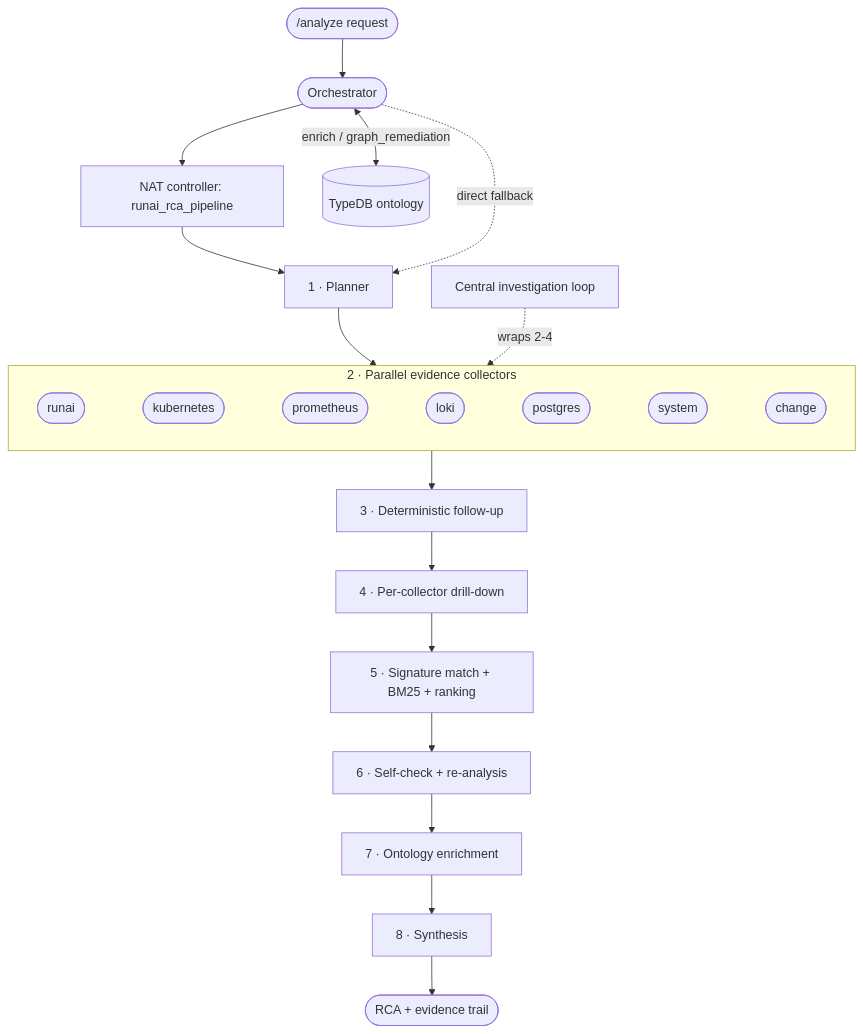
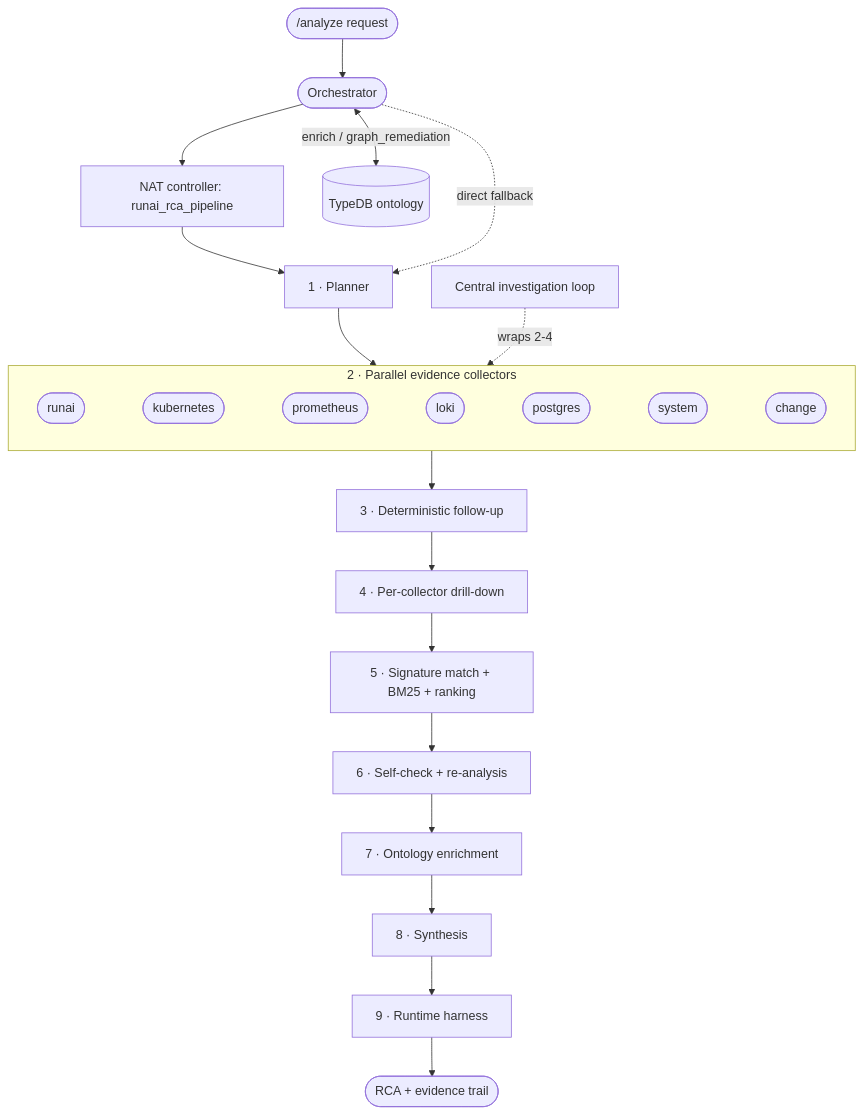
Before and after one commit to uclix-nvidia-sw/runaiRCA: the diagram in docs/RCA-PIPELINE.md, drawn with Mermaid. The commit also changed other lines of this file and 66 other files, not shown here.

````diff
--- a/docs/RCA-PIPELINE.md
+++ b/docs/RCA-PIPELINE.md
@@ -19,21 +19,22 @@
 ```mermaid
 flowchart TD
   REQ([/analyze request]) --> ORCH([Orchestrator])
   ORCH --> NAT[NAT controller: runai_rca_pipeline]
   NAT --> PLAN
   ORCH -. direct fallback .-> PLAN
   PLAN[1 · Planner] --> COLL
   subgraph COLL["2 · Parallel evidence collectors"]
     direction LR
     RA([runai]) ~~~ KA([kubernetes]) ~~~ PA([prometheus]) ~~~ LA([loki]) ~~~ DBA([postgres]) ~~~ SA([system]) ~~~ CA([change])
   end
   COLL --> FOLL[3 · Deterministic follow-up]
   FOLL --> DRILL[4 · Per-collector drill-down]
   DRILL --> SIG[5 · Signature match + BM25 + ranking]
   SIG --> CHK[6 · Self-check + re-analysis]
   CHK --> KG[7 · Ontology enrichment]
   KG --> SYN[8 · Synthesis]
-  SYN --> RESP([RCA + evidence trail])
+ SYN --> HAR[9 · Runtime harness]
+ HAR --> RESP([RCA + evidence trail])
   INV[Central investigation loop] -.->|wraps 2-4| COLL
   ORCH <-->|"enrich / graph_remediation"| TDB[(TypeDB ontology)]
 ```
````
